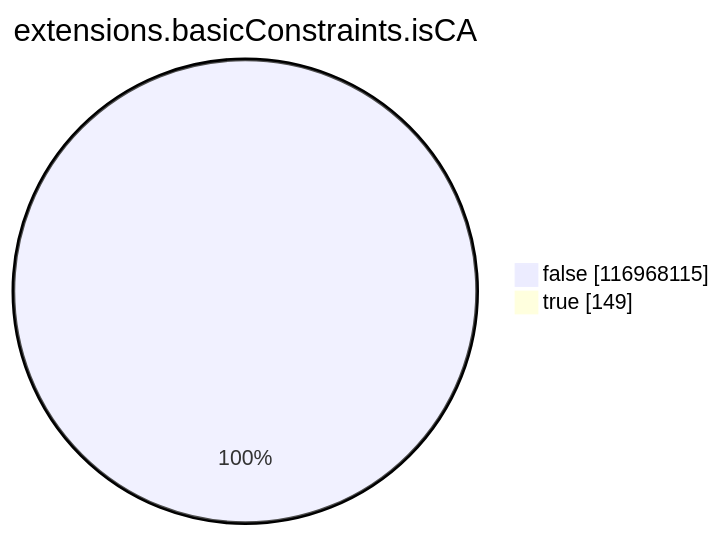
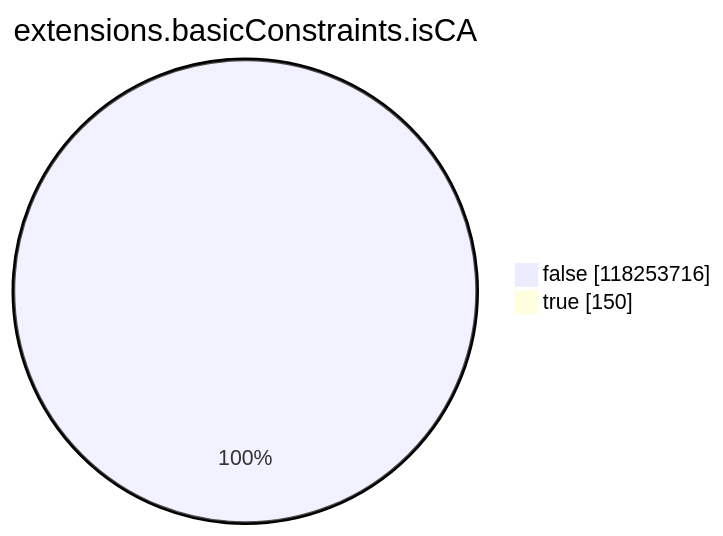
Before and after one commit to christiankrug/ctmonitor_visualization: the seventh of 15 diagrams in xenon2023/README.md, drawn with Mermaid. The commit also changed other lines of this file, not shown here.

````diff
--- a/xenon2023/README.md
+++ b/xenon2023/README.md
@@ -2146,6 +2149,6 @@
 ```mermaid
 pie showData
 title extensions.basicConstraints.isCA
-"false" :116968115
-"true" :149
+"false" :118253716
+"true" :150
 ```
````
